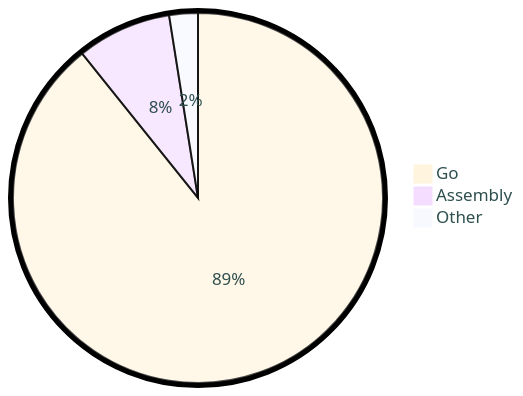
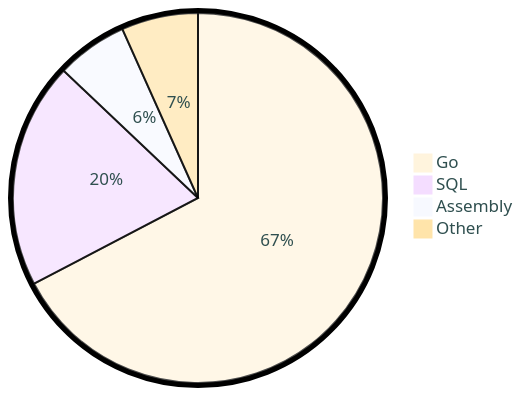
The diagram in README.md (tot0p/tot0p), drawn with Mermaid before and after one commit. The commit also changed other lines of this file, not shown here.

````diff
--- a/README.md
+++ b/README.md
@@ -72,7 +77,8 @@
 ```mermaid
 %%{init: {"pie": {"textPosition": 0.5}, "themeVariables": {"pieOuterStrokeWidth": "5px","primaryTextColor" : "#2F4F4F"},"theme":"base"} }%%
 pie
-	"Go": 89.25
-	"Assembly": 8.26
-	"Other": 2.5000000000000004
+	"Go": 67.34
+	"SQL": 19.74
+	"Assembly": 6.23
+	"Other": 6.699999999999999
 ```
````
